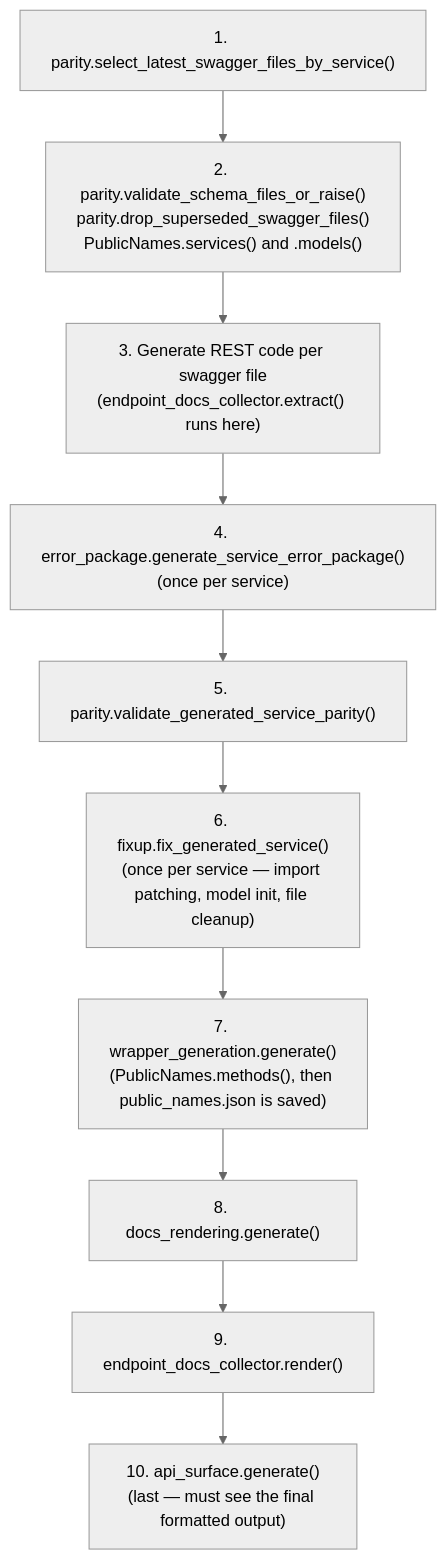
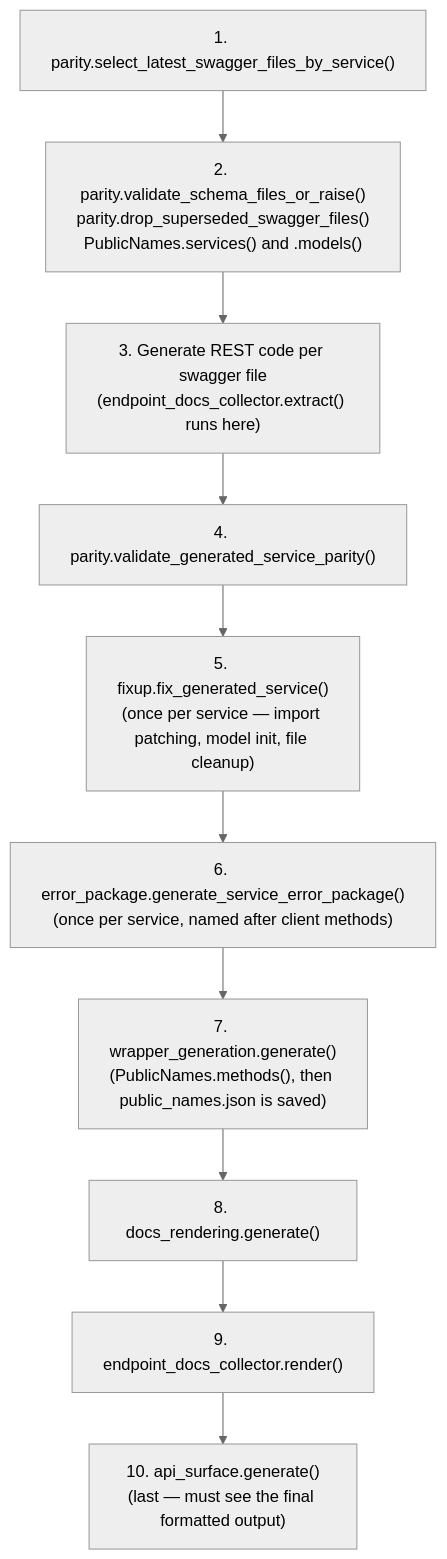
One commit to alexdearaujo/community_sdk_python changed the diagram in scripts/generation/README.md. Above: the diagram before and after it, drawn with Mermaid (neutral theme). The commit also changed 88 other files, not shown here.

Commit message:
feat(generator): name each operation's error classes after its client method

````diff
--- a/scripts/generation/README.md
+++ b/scripts/generation/README.md
@@ -32,13 +32,13 @@
 ```mermaid
 flowchart TD
     A["1. parity.select_latest_swagger_files_by_service()"] --> A2["2. parity.validate_schema_files_or_raise()<br/>parity.drop_superseded_swagger_files()<br/>PublicNames.services() and .models()"]
     A2 --> B["3. Generate REST code per swagger file<br/>(endpoint_docs_collector.extract() runs here)"]
-    B --> C["4. error_package.generate_service_error_package()<br/>(once per service)"]
-    C --> D["5. parity.validate_generated_service_parity()"]
-    D --> E["6. fixup.fix_generated_service()<br/>(once per service — import patching, model init, file cleanup)"]
-    E --> F["7. wrapper_generation.generate()<br/>(PublicNames.methods(), then public_names.json is saved)"]
+    B --> D["4. parity.validate_generated_service_parity()"]
+    D --> E["5. fixup.fix_generated_service()<br/>(once per service — import patching, model init, file cleanup)"]
+    E --> C["6. error_package.generate_service_error_package()<br/>(once per service, named after client methods)"]
+    C --> F["7. wrapper_generation.generate()<br/>(PublicNames.methods(), then public_names.json is saved)"]
     F --> G["8. docs_rendering.generate()"]
     G --> H["9. endpoint_docs_collector.render()"]
     H --> I["10. api_surface.generate()<br/>(last — must see the final formatted output)"]
 
 ```
````
